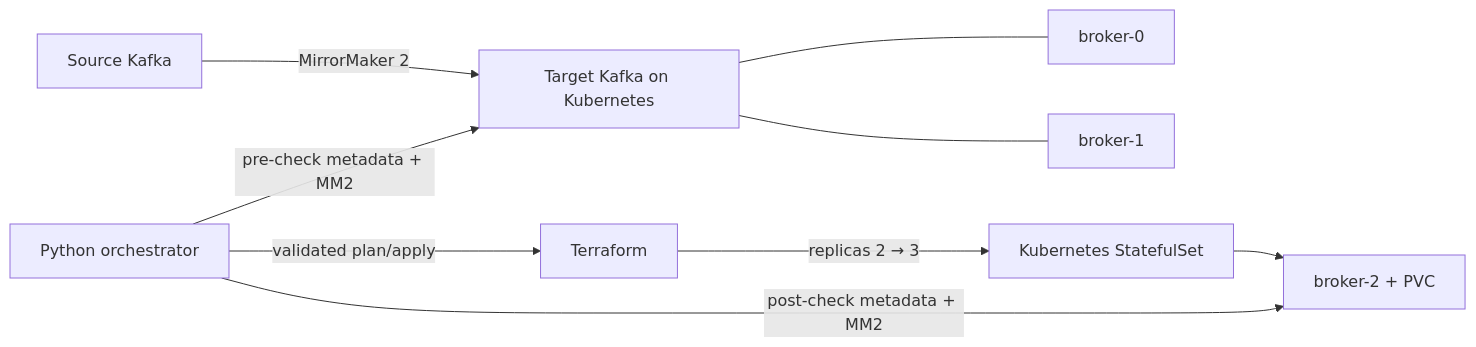
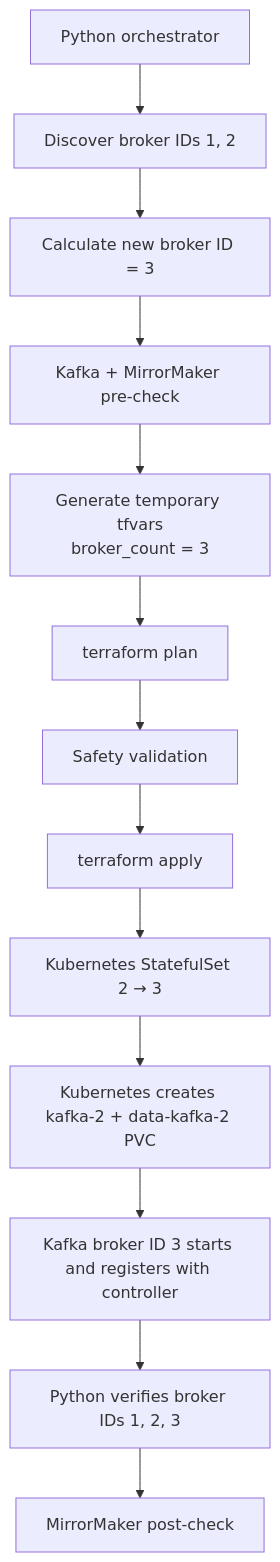
Before and after one commit to chenleizhao224/kafka-broker-expansion-automation: the diagram in README.md, drawn with Mermaid. The commit also changed other lines of this file and 7 other files, not shown here.

````diff
--- a/README.md
+++ b/README.md
@@ -12,11 +12,15 @@
 ```mermaid
-flowchart LR
-    S[Source Kafka] -->|MirrorMaker 2| T[Target Kafka on Kubernetes]
-    T --- B0[broker-0]
-    T --- B1[broker-1]
-    P[Python orchestrator] -->|pre-check metadata + MM2| T
-    P -->|validated plan/apply| TF[Terraform]
-    TF -->|replicas 2 → 3| K8S[Kubernetes StatefulSet]
-    K8S --> B2[broker-2 + PVC]
-    P -->|post-check metadata + MM2| B2
+flowchart TD
+    P[Python orchestrator] --> D[Discover broker IDs 1, 2]
+    D --> C[Calculate new broker ID = 3]
+    C --> PRE[Kafka + MirrorMaker pre-check]
+    PRE --> V[Generate temporary tfvars<br/>broker_count = 3]
+    V --> PLAN[terraform plan]
+    PLAN --> SAFE[Safety validation]
+    SAFE --> APPLY[terraform apply]
+    APPLY --> STS[Kubernetes StatefulSet 2 → 3]
+    STS --> K8S[Kubernetes creates kafka-2 + data-kafka-2 PVC]
+    K8S --> JOIN[Kafka broker ID 3 starts and registers with controller]
+    JOIN --> VERIFY[Python verifies broker IDs 1, 2, 3]
+    VERIFY --> POST[MirrorMaker post-check]
 ```
````
